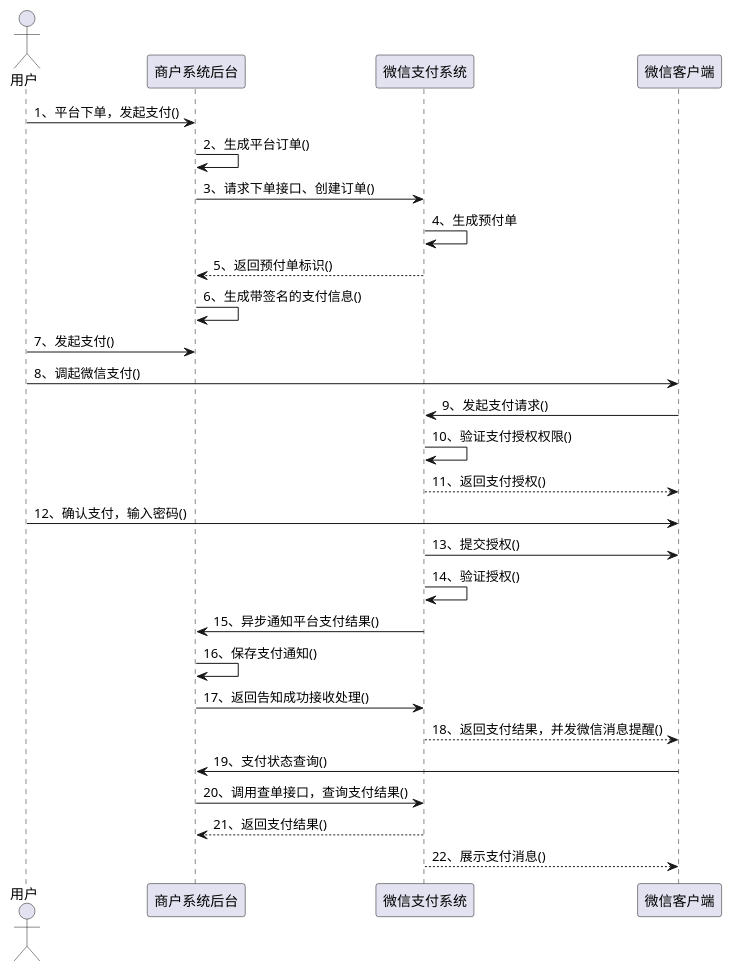
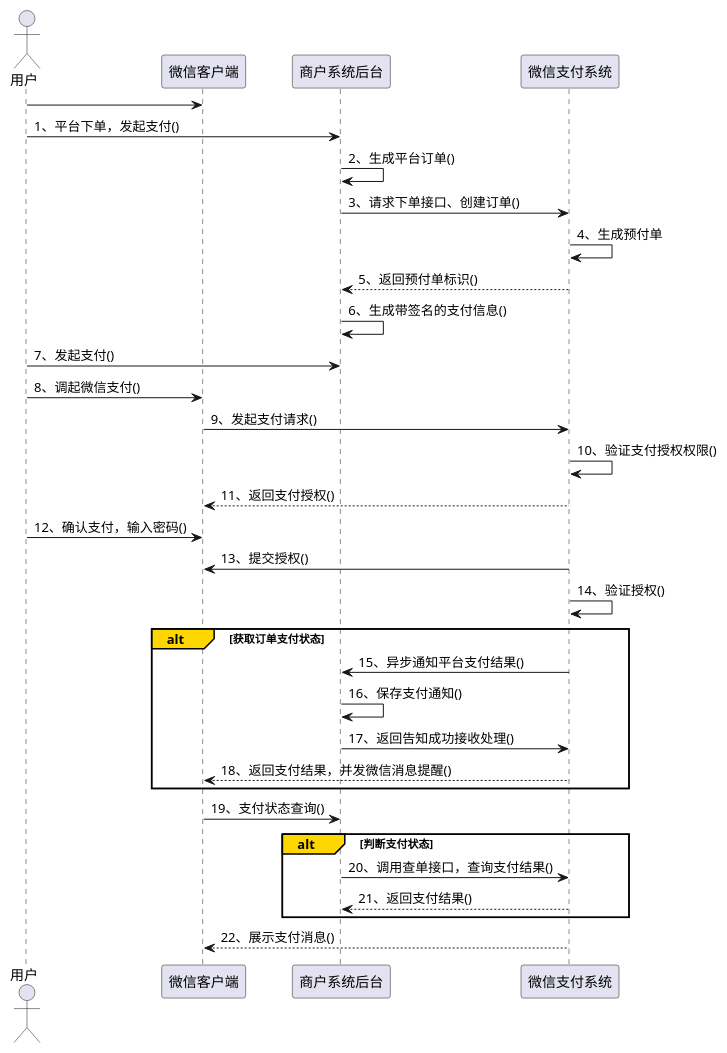
The diagram in java-basic/src/main/java/com/intecsec/java/basic/uml/sequence.puml (linkenpeng/java), drawn with PlantUML before and after one commit.

```diff
--- a/java-basic/src/main/java/com/intecsec/java/basic/uml/sequence.puml
+++ b/java-basic/src/main/java/com/intecsec/java/basic/uml/sequence.puml
@@ -3,47 +3,55 @@
 @startuml
 actor 用户
+
+用户 -> 微信客户端
 
 用户 -> 商户系统后台: 1、平台下单，发起支付()
 
 商户系统后台 -> 商户系统后台: 2、生成平台订单()
 
 商户系统后台 -> 微信支付系统: 3、请求下单接口、创建订单()
 
 微信支付系统 -> 微信支付系统: 4、生成预付单
 
 微信支付系统 --> 商户系统后台: 5、返回预付单标识()
 
 商户系统后台 -> 商户系统后台: 6、生成带签名的支付信息()
 
 用户 -> 商户系统后台: 7、发起支付()
 
 用户 -> 微信客户端: 8、调起微信支付()
 
 微信客户端 -> 微信支付系统: 9、发起支付请求()
 
 微信支付系统 -> 微信支付系统: 10、验证支付授权权限()
 
 微信支付系统 --> 微信客户端: 11、返回支付授权()
 
 用户 -> 微信客户端: 12、确认支付，输入密码()
 
 微信支付系统 -> 微信客户端: 13、提交授权()
 
 微信支付系统 -> 微信支付系统: 14、验证授权()
 
+alt#Gold 获取订单支付状态
+
 微信支付系统 -> 商户系统后台: 15、异步通知平台支付结果()
 
 商户系统后台 -> 商户系统后台: 16、保存支付通知()
 
 商户系统后台 -> 微信支付系统: 17、返回告知成功接收处理()
 
 微信支付系统 --> 微信客户端: 18、返回支付结果，并发微信消息提醒()
+end
 
 微信客户端 -> 商户系统后台: 19、支付状态查询()
 
+alt#Gold 判断支付状态
 商户系统后台 -> 微信支付系统: 20、调用查单接口，查询支付结果()
-
 微信支付系统 --> 商户系统后台: 21、返回支付结果()
+end
 
 微信支付系统 --> 微信客户端: 22、展示支付消息()
+
+
 @enduml
```
